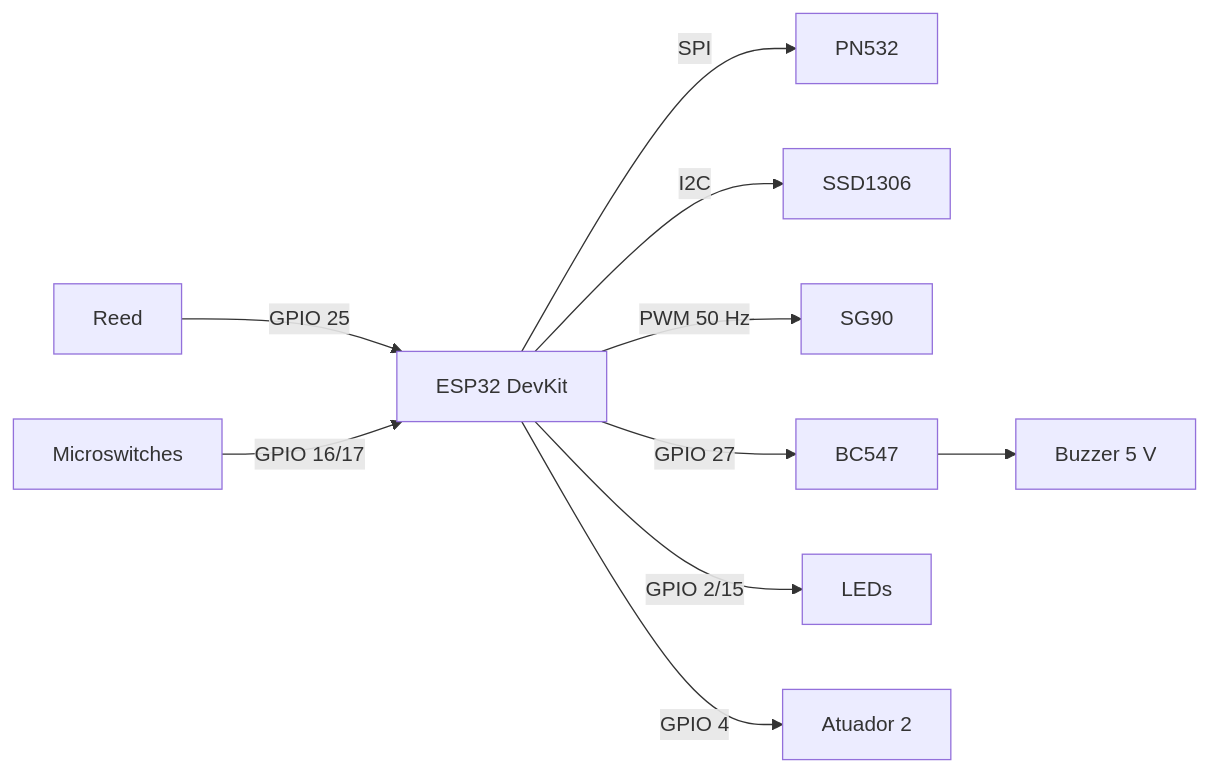
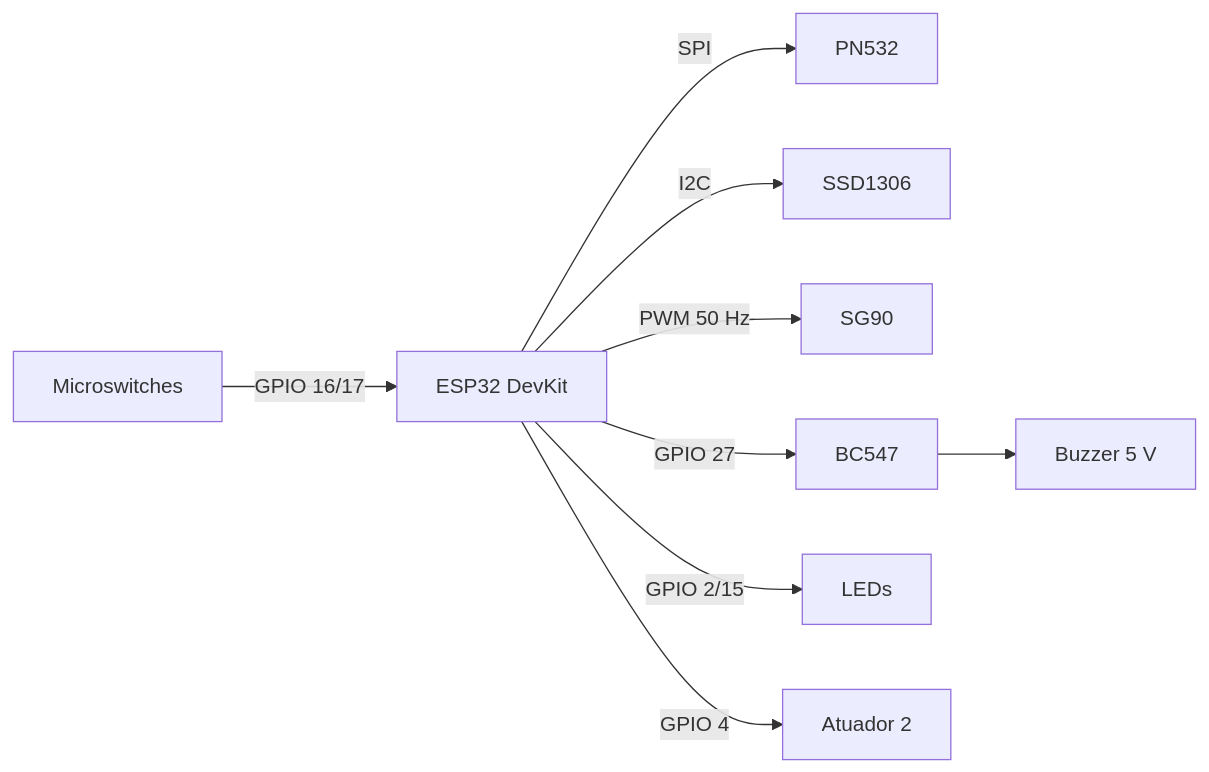
One commit to gengibrepower/Armario-Inteligente changed the diagram in README.md. Above: the diagram before and after it, drawn with Mermaid. The commit also changed other lines of this file and 34 other files, not shown here.

````diff
--- a/README.md
+++ b/README.md
@@ -31,12 +30,11 @@
 ```mermaid
 flowchart LR
   ESP[ESP32 DevKit]
   ESP -- SPI --> NFC[PN532]
   ESP -- I2C --> OLED[SSD1306]
   ESP -- PWM 50 Hz --> SERVO[SG90]
   ESP -- GPIO 27 --> Q[BC547] --> BUZ[Buzzer 5 V]
   ESP -- GPIO 2/15 --> LEDS[LEDs]
   ESP -- GPIO 4 --> AUX[Atuador 2]
-  REED[Reed] -- GPIO 25 --> ESP
   SW[Microswitches] -- GPIO 16/17 --> ESP
 ```
````
